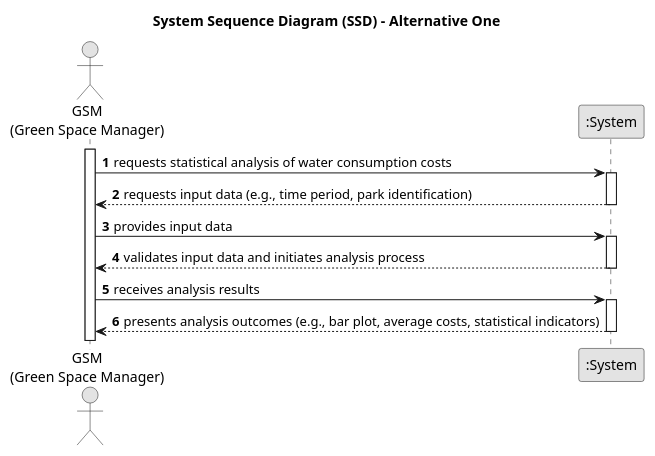
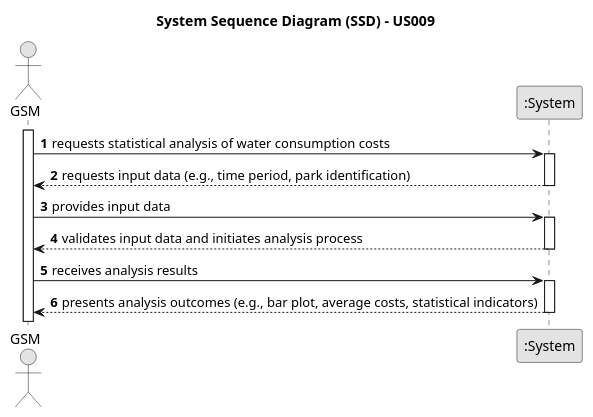
One commit to ricardomm7/leaflink changed the diagram in docs/sprintB/us009/01.requirements-engineering/puml/us009-system-sequence-diagram-alternative-one.puml. Above: the diagram before and after it, drawn with PlantUML. The commit also changed 5 other files, not shown here.

```diff
--- a/docs/sprintB/us009/01.requirements-engineering/puml/us009-system-sequence-diagram-alternative-one.puml
+++ b/docs/sprintB/us009/01.requirements-engineering/puml/us009-system-sequence-diagram-alternative-one.puml
@@ -1,33 +1,33 @@
 @startuml
 skinparam monochrome true
 skinparam packageStyle rectangle
 skinparam shadowing false
 
-title System Sequence Diagram (SSD) - Alternative One
+title System Sequence Diagram (SSD) - US009
 
 autonumber
 
-actor "GSM\n(Green Space Manager)" as GSM
+actor "GSM" as GSM
 participant ":System" as System
 
 activate GSM
 
     GSM -> System : requests statistical analysis of water consumption costs
     activate System
 
         System --> GSM : requests input data (e.g., time period, park identification)
     deactivate System
 
     GSM -> System : provides input data
     activate System
 
         System --> GSM : validates input data and initiates analysis process
     deactivate System
 
     GSM -> System : receives analysis results
     activate System
 
         System --> GSM : presents analysis outcomes (e.g., bar plot, average costs, statistical indicators)
     deactivate System
 
 @enduml
```
